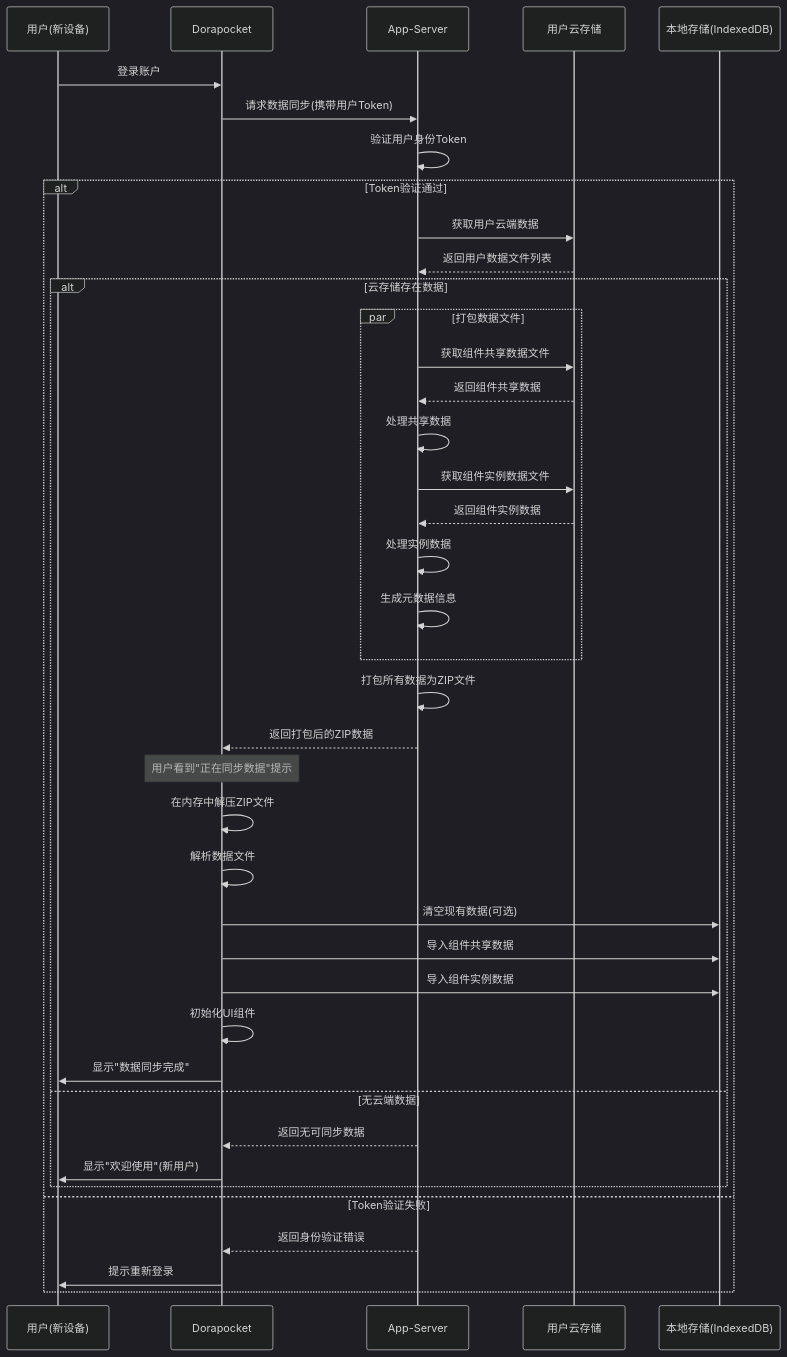
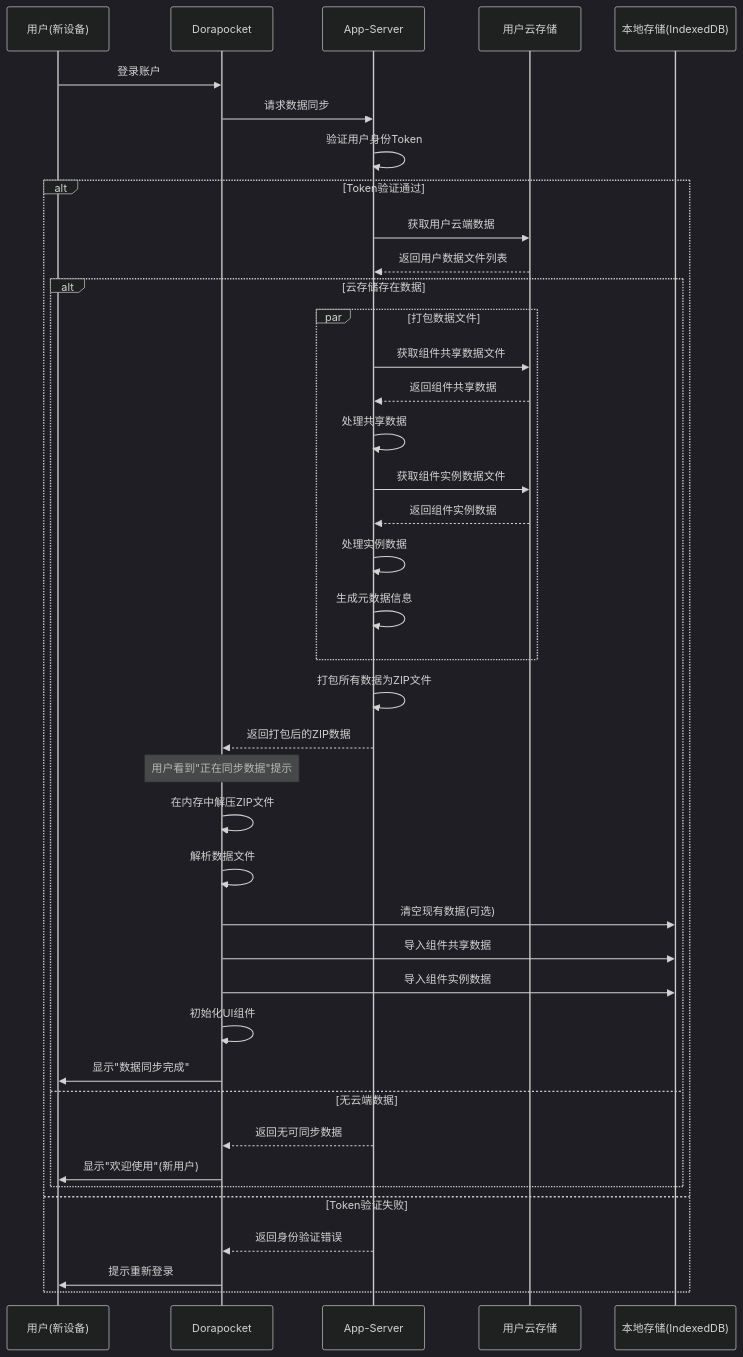
Before and after one commit to yingjianzh/iodraw-files: the diagram in all/未命名-38.md, drawn with Mermaid (dark theme).

Commit message:
2025-04-21 13:53:18 update

````diff
--- a/all/未命名-38.md
+++ b/all/未命名-38.md
@@ -1,54 +1,53 @@
 ```mermaid
 sequenceDiagram
     participant User as 用户(新设备)
     participant App as Dorapocket
     participant AppServer as App-Server
     participant UserCloud as 用户云存储
     participant LocalDB as 本地存储(IndexedDB)
     
     User->>App: 登录账户
     
-    
-    App->>AppServer: 请求数据同步(携带用户Token)
+    App->>AppServer: 请求数据同步
     AppServer->>AppServer: 验证用户身份Token
     
     alt Token验证通过
         AppServer->>UserCloud: 获取用户云端数据
         UserCloud-->>AppServer: 返回用户数据文件列表
         
         alt 云存储存在数据
             par 打包数据文件
                 AppServer->>UserCloud: 获取组件共享数据文件
                 UserCloud-->>AppServer: 返回组件共享数据
                 AppServer->>AppServer: 处理共享数据
                 
                 AppServer->>UserCloud: 获取组件实例数据文件
                 UserCloud-->>AppServer: 返回组件实例数据
                 AppServer->>AppServer: 处理实例数据
                 
                 AppServer->>AppServer: 生成元数据信息
             end
             
             AppServer->>AppServer: 打包所有数据为ZIP文件
             AppServer-->>App: 返回打包后的ZIP数据
             
             Note over App: 用户看到"正在同步数据"提示
             
             App->>App: 在内存中解压ZIP文件
             App->>App: 解析数据文件
             
             App->>LocalDB: 清空现有数据(可选)
             App->>LocalDB: 导入组件共享数据
             App->>LocalDB: 导入组件实例数据
             
             App->>App: 初始化UI组件
             App->>User: 显示"数据同步完成"
         else 无云端数据
             AppServer-->>App: 返回无可同步数据
             App->>User: 显示"欢迎使用"(新用户)
         end
     else Token验证失败
         AppServer-->>App: 返回身份验证错误
         App->>User: 提示重新登录
     end
 ```
````
